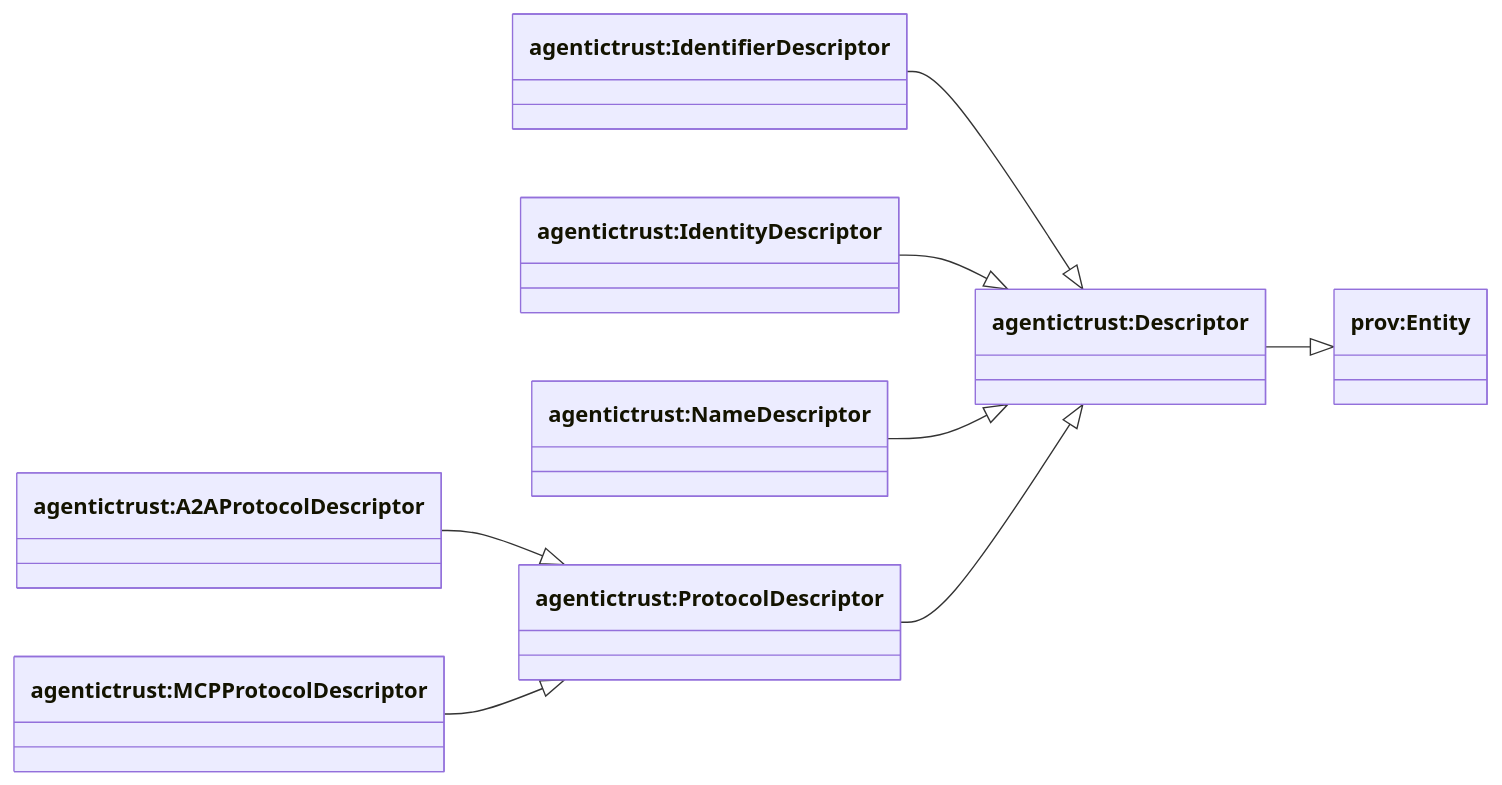
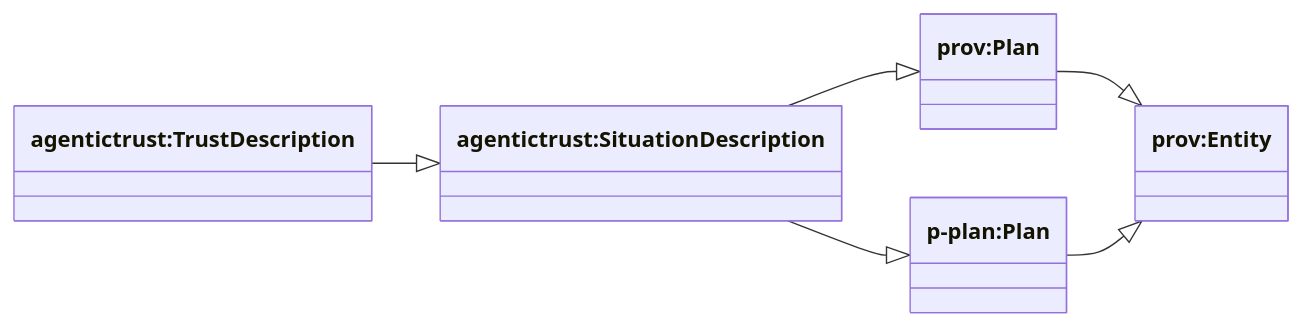
One commit to Agentic-Trust-Layer/agent-explorer changed the first of 4 diagrams in docs/ontology/description.md. Above: the diagram before and after it, drawn with Mermaid. The commit also changed other lines of this file and 8 other files, not shown here.

````diff
--- a/docs/ontology/description.md
+++ b/docs/ontology/description.md
@@ -9,22 +14,17 @@
 ```mermaid
 classDiagram
 direction LR
 
 class provEntity["prov:Entity"]
+class provPlan["prov:Plan"]
+class pplanPlan["p-plan:Plan"]
 
-class Descriptor["agentictrust:Descriptor"]
-class IdentifierDescriptor["agentictrust:IdentifierDescriptor"]
-class IdentityDescriptor["agentictrust:IdentityDescriptor"]
-class NameDescriptor["agentictrust:NameDescriptor"]
-class ProtocolDescriptor["agentictrust:ProtocolDescriptor"]
-class A2AProtocolDescriptor["agentictrust:A2AProtocolDescriptor"]
-class MCPProtocolDescriptor["agentictrust:MCPProtocolDescriptor"]
+class SituationDescription["agentictrust:SituationDescription"]
+class TrustDescription["agentictrust:TrustDescription"]
 
-Descriptor --|> provEntity
-IdentifierDescriptor --|> Descriptor
-IdentityDescriptor --|> Descriptor
-NameDescriptor --|> Descriptor
-ProtocolDescriptor --|> Descriptor
-A2AProtocolDescriptor --|> ProtocolDescriptor
-MCPProtocolDescriptor --|> ProtocolDescriptor
+provPlan --|> provEntity
+pplanPlan --|> provEntity
+SituationDescription --|> provPlan
+SituationDescription --|> pplanPlan
+TrustDescription --|> SituationDescription
 ```
````
